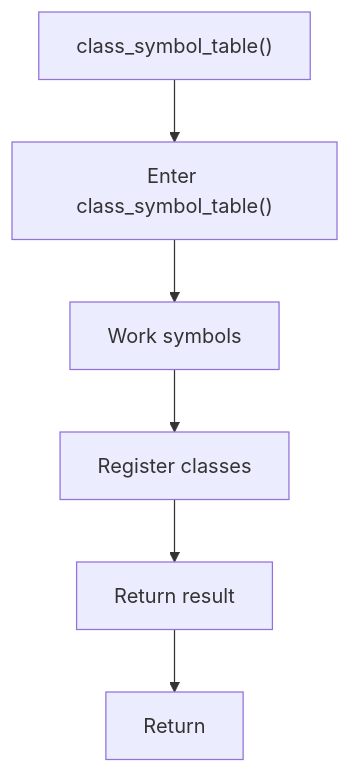
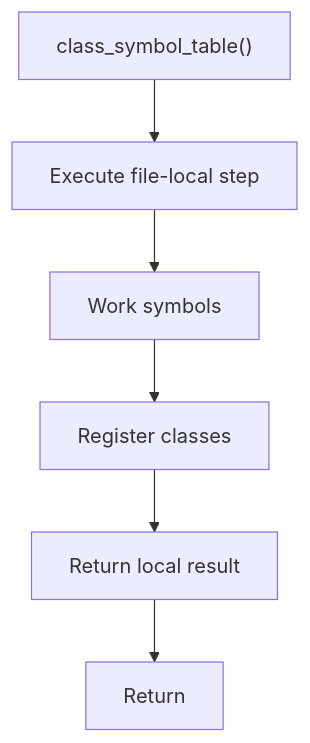
One commit to JohnAndrewBalbarosa/NeoTerritory changed the diagram in docs/Codebase/Microservice/Modules/Source/Analysis/ImplementationUse/Resolution/Symbols/Query/Flow/functions/class_symbol_table.cpp.md. Above: the diagram before and after it, drawn with Mermaid. The commit also changed other lines of this file and 925 other files, not shown here.

````diff
--- a/docs/Codebase/Microservice/Modules/Source/Analysis/ImplementationUse/Resolution/Symbols/Query/Flow/functions/class_symbol_table.cpp.md
+++ b/docs/Codebase/Microservice/Modules/Source/Analysis/ImplementationUse/Resolution/Symbols/Query/Flow/functions/class_symbol_table.cpp.md
@@ -18,14 +18,14 @@
 ```mermaid
 flowchart TD
     Start["class_symbol_table()"]
-    N0["Enter class_symbol_table()"]
+    N0["Execute file-local step"]
     N1["Work symbols"]
     N2["Register classes"]
-    N3["Return result"]
+    N3["Return local result"]
     End["Return"]
     Start --> N0
     N0 --> N1
     N1 --> N2
     N2 --> N3
     N3 --> End
 ```
````
